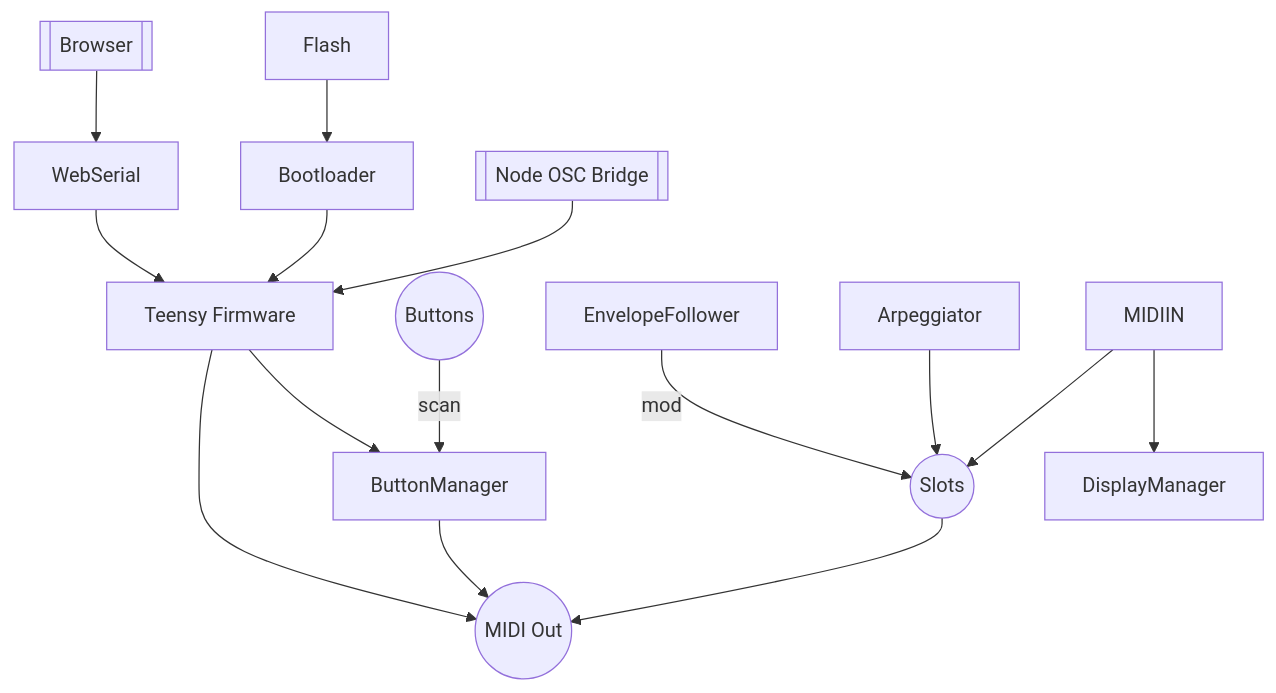
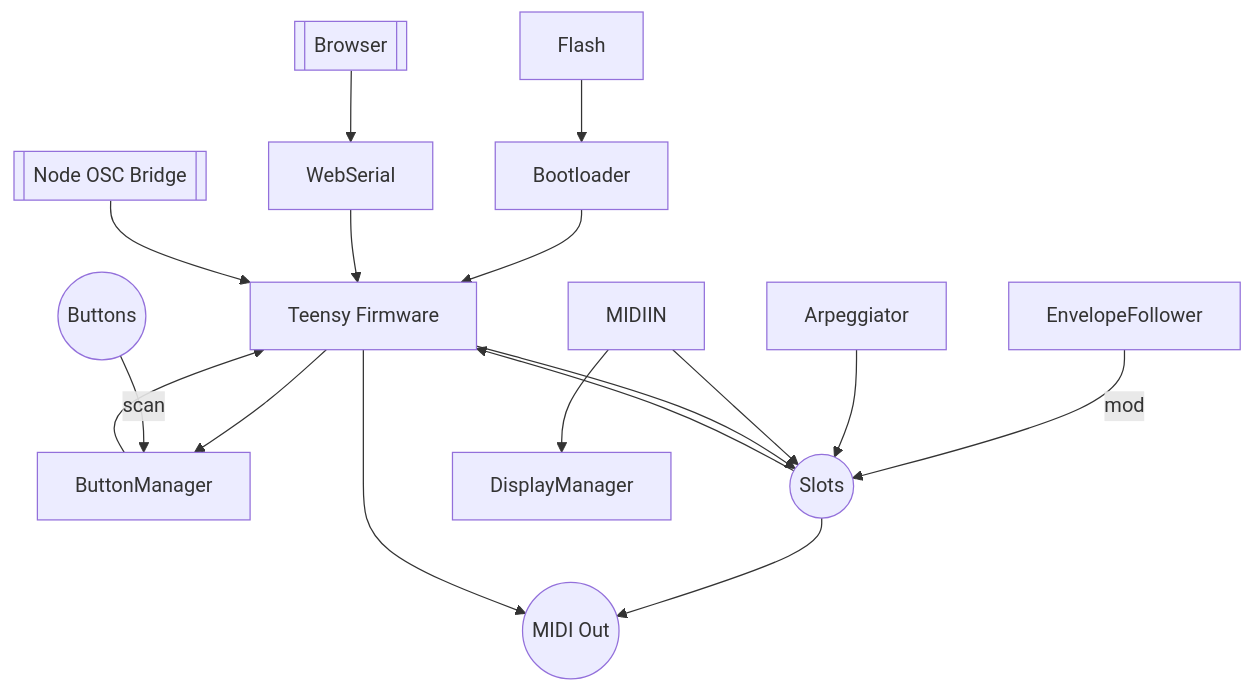
Before and after one commit to bseverns/MOARkNOBS-42: the diagram in docs/README.md, drawn with Mermaid.

````diff
--- a/docs/README.md
+++ b/docs/README.md
@@ -20,14 +20,14 @@
 ```mermaid
 flowchart TD
   Flash --> Loader[Bootloader] --> FW[Teensy Firmware]
   FW --> BM[ButtonManager]
-  Buttons((Buttons)) -->|scan| BM --> MIDIOut[MIDIHandler]
+  Buttons((Buttons)) -->|scan| BM --> FW
   EF[EnvelopeFollower] -->|mod| Slots((Slots))
   ARP[Arpeggiator] --> Slots((Slots))
   MIDIIN --> DM[DisplayManager]
-  MIDIIN --> Slots((Slots))
+  MIDIIN --> Slots((Slots)) --> FW
   Browser[[Browser]] --> WebSerial --> FW
   NodeOSC[[Node OSC Bridge]] --> FW
-  Slots((Slots)) --> MIDIOut((MIDI Out))
+  FW --> Slots((Slots)) --> MIDIOut((MIDI Out))
   FW --> MIDIOut((MIDI Out))
 ```
````
